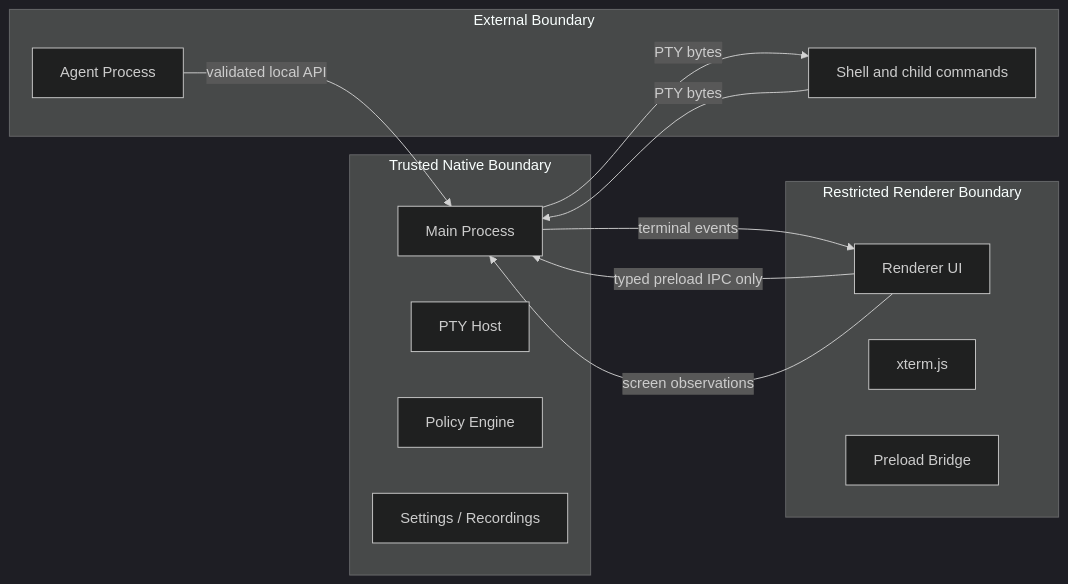
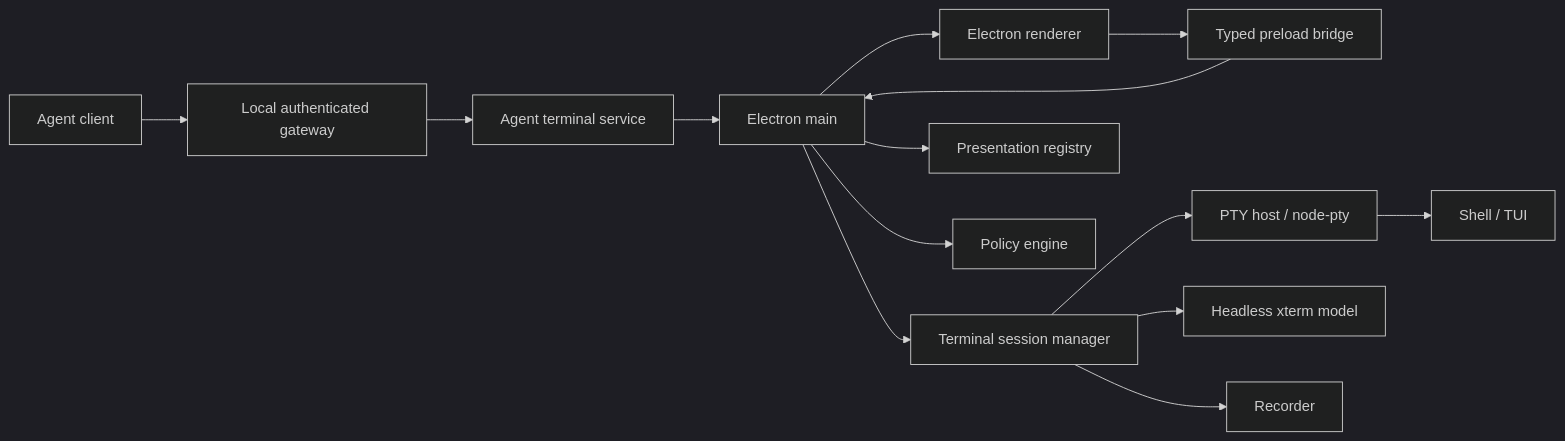
The first of 2 diagrams in docs/specs/terminal-architecture.md (procontexthq/procontext-terminal), drawn with Mermaid (dark theme) before and after one commit. The commit also changed other lines of this file and 74 other files, not shown here.

````diff
--- a/docs/specs/terminal-architecture.md
+++ b/docs/specs/terminal-architecture.md
@@ -160,27 +34,16 @@
 ```mermaid
 flowchart LR
-  subgraph TrustedMain["Trusted Native Boundary"]
-    Main["Main Process"]
-    Pty["PTY Host"]
-    Policy["Policy Engine"]
-    Store["Settings / Recordings"]
-  end
-
-  subgraph RestrictedRenderer["Restricted Renderer Boundary"]
-    Renderer["Renderer UI"]
-    Xterm["xterm.js"]
-    Preload["Preload Bridge"]
-  end
-
-  subgraph External["External Boundary"]
-    Agent["Agent Process"]
-    Shell["Shell and child commands"]
-  end
-
-  Agent -->|"validated local API"| Main
-  Renderer -->|"typed preload IPC only"| Main
-  Main -->|"PTY bytes"| Shell
-  Shell -->|"PTY bytes"| Main
-  Main -->|"terminal events"| Renderer
-  Renderer -->|"screen observations"| Main
+  Agent["Agent client"] --> Gateway["Local authenticated gateway"]
+  Gateway --> Service["Agent terminal service"]
+  Renderer["Electron renderer"] --> Preload["Typed preload bridge"]
+  Preload --> Main["Electron main"]
+  Service --> Main
+  Main --> Sessions["Terminal session manager"]
+  Sessions --> PTY["PTY host / node-pty"]
+  Sessions --> Model["Headless xterm model"]
+  Sessions --> Recorder["Recorder"]
+  Main --> Presentation["Presentation registry"]
+  Main --> Policy["Policy engine"]
+  PTY --> Shell["Shell / TUI"]
+  Main --> Renderer
 ```
````
